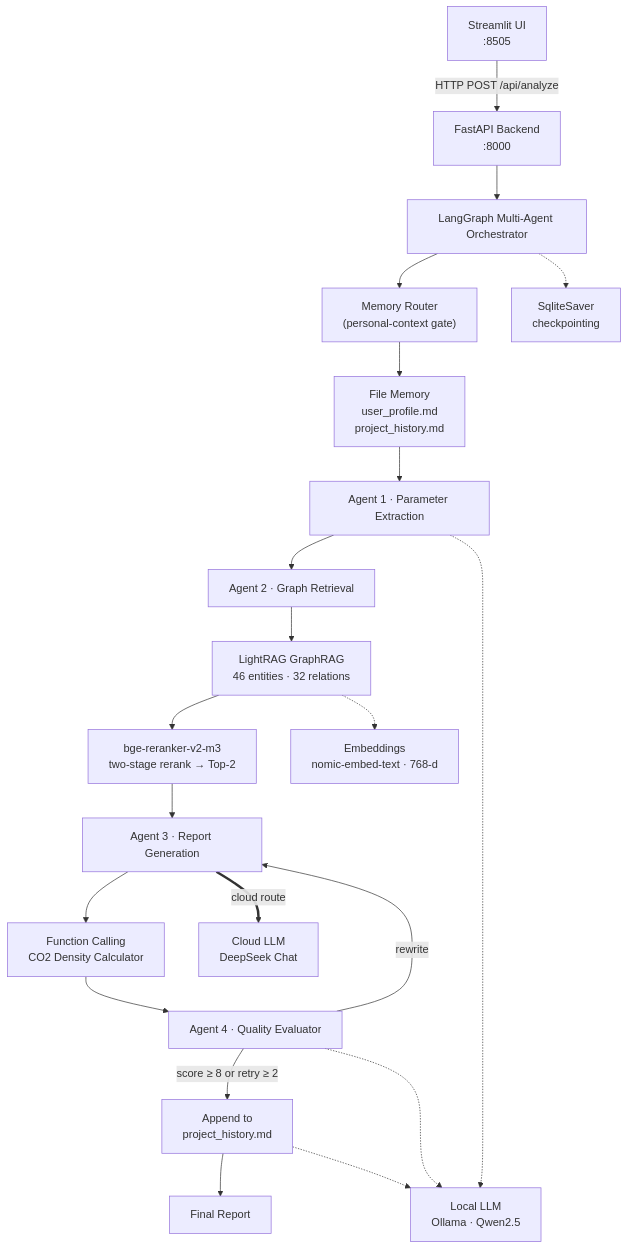
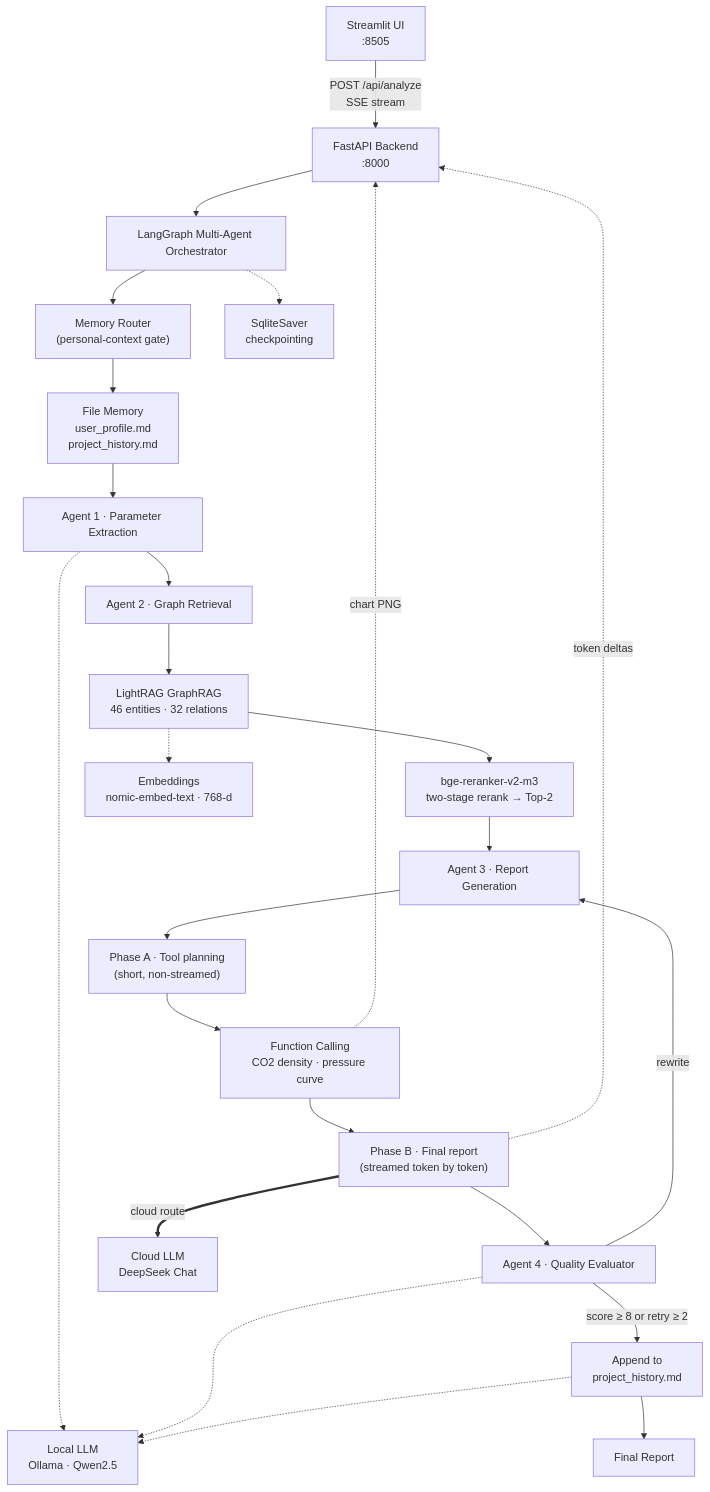
The diagram in README.md (qinruizhang001-hash/petro-rag-agent), drawn with Mermaid before and after one commit. The commit also changed other lines of this file and 11 other files, not shown here.

````diff
--- a/README.md
+++ b/README.md
@@ -58,27 +58,32 @@
 ```mermaid
 flowchart TD
-    UI["Streamlit UI<br/>:8505"] -->|"HTTP POST /api/analyze"| API["FastAPI Backend<br/>:8000"]
+    UI["Streamlit UI<br/>:8505"] -->|"POST /api/analyze<br/>SSE stream"| API["FastAPI Backend<br/>:8000"]
     API --> LG["LangGraph Multi-Agent Orchestrator"]
 
     LG --> MR["Memory Router<br/>(personal-context gate)"]
 
     MR --> FM["File Memory<br/>user_profile.md<br/>project_history.md"]
 
     FM --> EX["Agent 1 · Parameter Extraction"]
     EX --> RT["Agent 2 · Graph Retrieval"]
     RT --> LR["LightRAG GraphRAG<br/>46 entities · 32 relations"]
     LR --> RR["bge-reranker-v2-m3<br/>two-stage rerank → Top-2"]
     RR --> RP["Agent 3 · Report Generation"]
-    RP --> FC["Function Calling<br/>CO2 Density Calculator"]
-    FC --> EV["Agent 4 · Quality Evaluator"]
+    RP --> PLAN["Phase A · Tool planning<br/>(short, non-streamed)"]
+    PLAN --> FC["Function Calling<br/>CO2 density · pressure curve"]
+    FC --> RP2["Phase B · Final report<br/>(streamed token by token)"]
+    RP2 --> EV["Agent 4 · Quality Evaluator"]
     EV -->|"score ≥ 8 or retry ≥ 2"| HM["Append to<br/>project_history.md"]
     EV -->|"rewrite"| RP
     HM --> OUT["Final Report"]
 
     EX -.-> LOCAL["Local LLM<br/>Ollama · Qwen2.5"]
     EV -.-> LOCAL
-    RP ==>|"cloud route"| CLOUD["Cloud LLM<br/>DeepSeek Chat"]
+    RP2 ==>|"cloud route"| CLOUD["Cloud LLM<br/>DeepSeek Chat"]
     HM -.-> LOCAL
     LR -.-> EMB["Embeddings<br/>nomic-embed-text · 768-d"]
     LG -.-> CKPT["SqliteSaver<br/>checkpointing"]
+
+    RP2 -.->|"token deltas"| API
+    FC -.->|"chart PNG"| API
 ```
````
